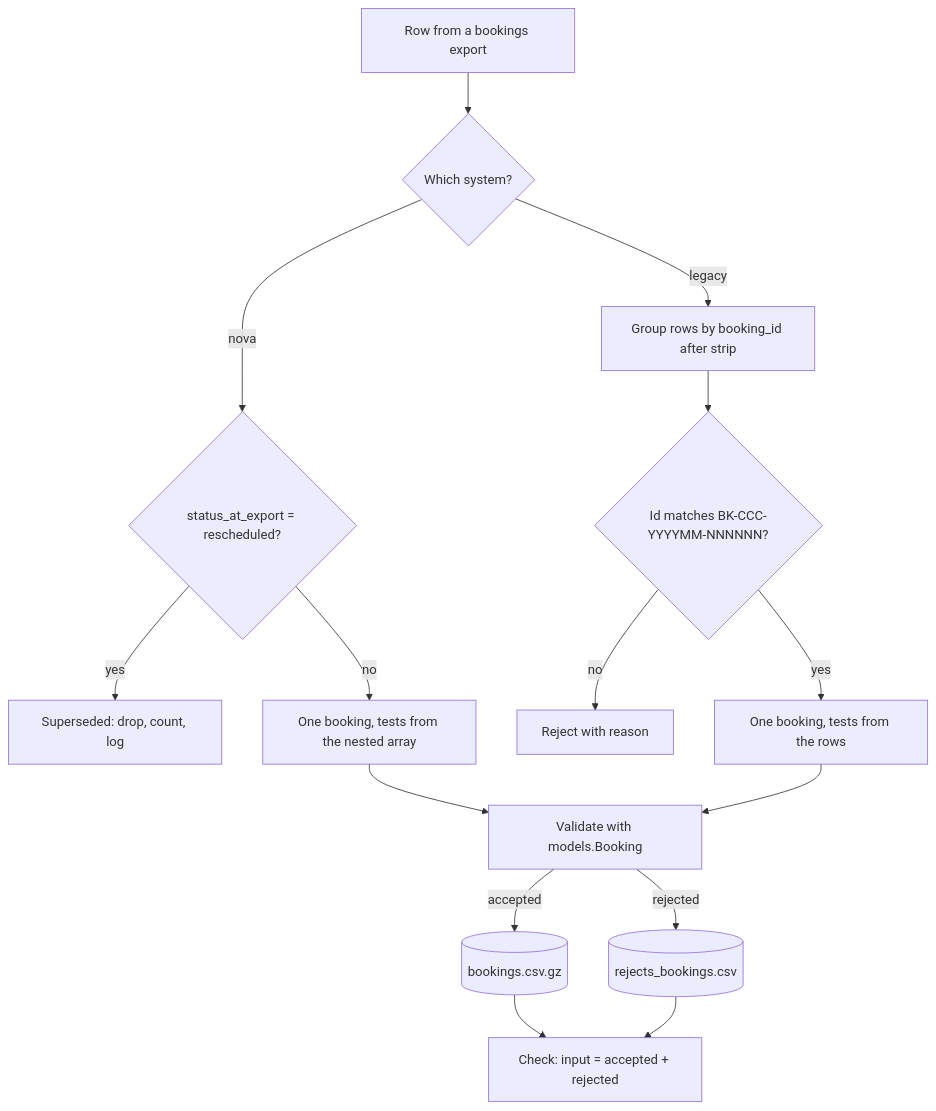
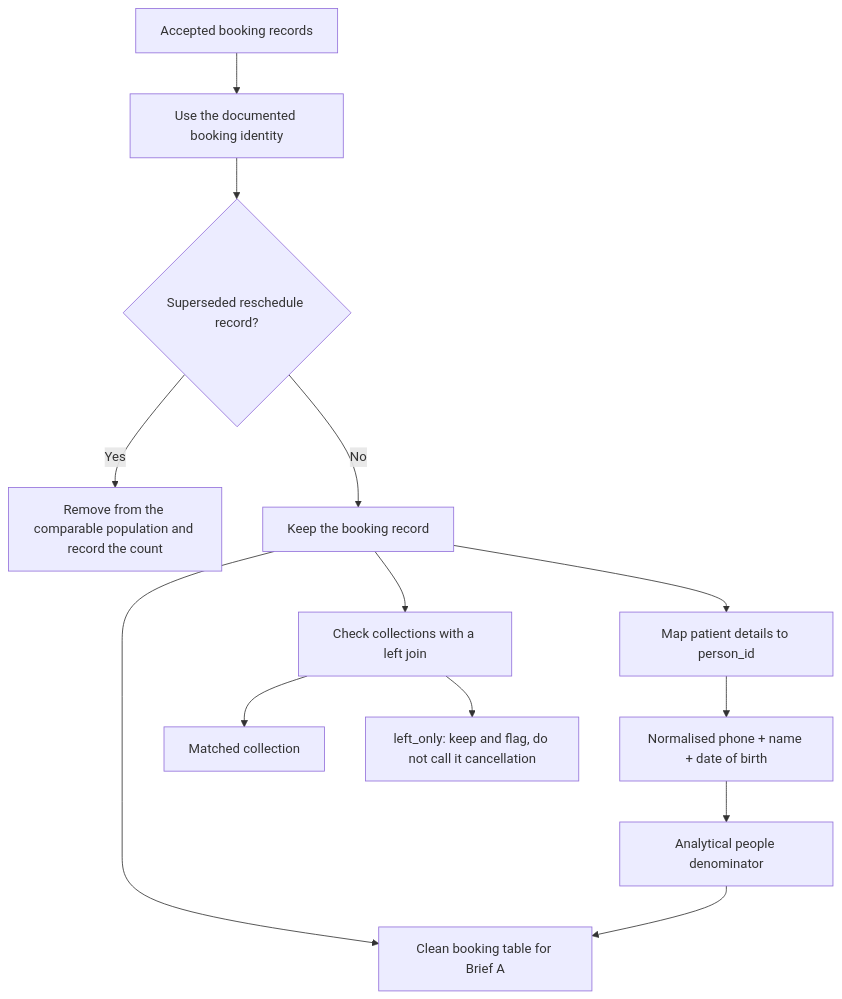
Before and after one commit to hashincludeaayush/iitgn-build1: the third of 7 diagrams in docs/diagrams.md, drawn with Mermaid. The commit also changed other lines of this file and 23 other files, not shown here.

````diff
--- a/docs/diagrams.md
+++ b/docs/diagrams.md
@@ -230,17 +51,15 @@
 ```mermaid
 flowchart TD
-    A["Row from a bookings export"] --> B{"Which system?"}
-    B -->|legacy| C["Group rows by booking_id after strip"]
-    B -->|nova| D{"status_at_export = rescheduled?"}
-    D -->|yes| E["Superseded: drop, count, log"]
-    D -->|no| F["One booking, tests from the nested array"]
-    C --> G{"Id matches BK-CCC-YYYYMM-NNNNNN?"}
-    G -->|no| H["Reject with reason"]
-    G -->|yes| I["One booking, tests from the rows"]
-    F --> J["Validate with models.Booking"]
-    I --> J
-    J -->|accepted| K[("bookings.csv.gz")]
-    J -->|rejected| L[("rejects_bookings.csv")]
-    K --> M["Check: input = accepted + rejected"]
-    L --> M
+    INPUT["Accepted booking records"] --> ID["Use the documented booking identity"]
+    ID --> STATUS{"Superseded reschedule record?"}
+    STATUS -->|Yes| REMOVED["Remove from the comparable population and record the count"]
+    STATUS -->|No| RETAIN["Keep the booking record"]
+    RETAIN --> PERSONKEY["Map patient details to person_id"]
+    PERSONKEY --> PERSONRULE["Normalised phone + name + date of birth"]
+    PERSONRULE --> PEOPLE["Analytical people denominator"]
+    RETAIN --> COLLECTION["Check collections with a left join"]
+    COLLECTION --> MATCHED["Matched collection"]
+    COLLECTION --> MISSING["left_only: keep and flag, do not call it cancellation"]
+    RETAIN --> FINAL["Clean booking table for Brief A"]
+    PEOPLE --> FINAL
 ```
````
